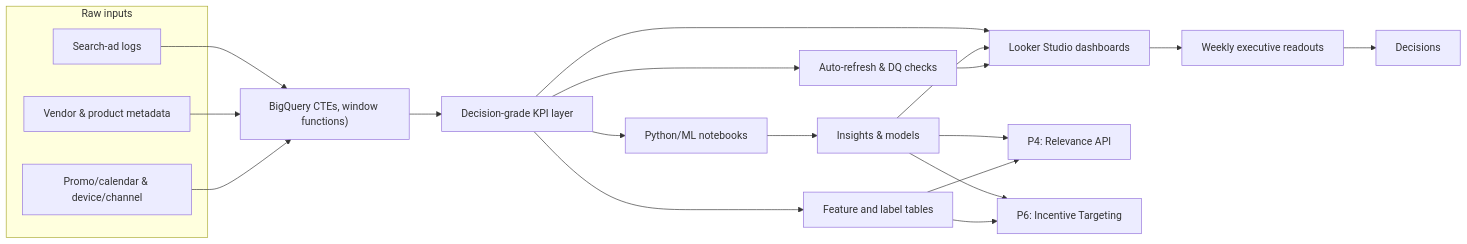
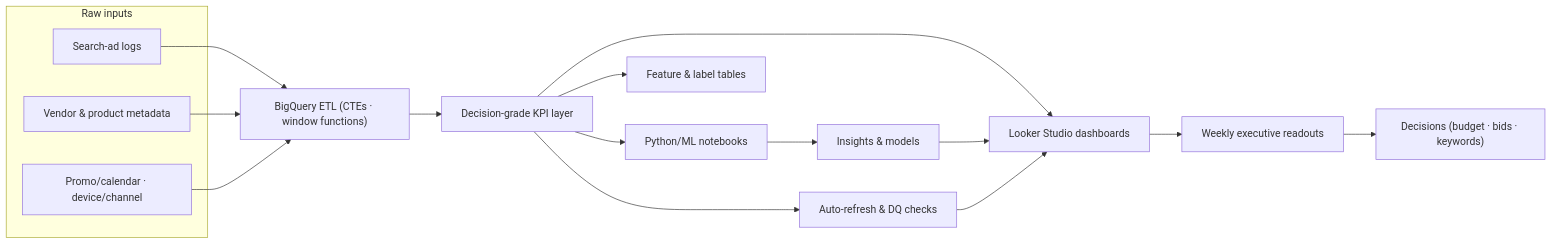
Before and after one commit to LuDanielPoyu/McKinsey-Data-Scientist: the second of 6 diagrams in README.md, drawn with Mermaid.

````diff
--- a/README.md
+++ b/README.md
@@ -80,36 +80,29 @@
 ```mermaid
 flowchart LR
   %% Inputs
   subgraph RAW["Raw inputs"]
     A["Search-ad logs"]
     B["Vendor & product metadata"]
-    C["Promo/calendar & device/channel"]
+    C["Promo/calendar · device/channel"]
   end
 
   %% BigQuery layer
-  A & B & C --> D["BigQuery CTEs, window functions)"]
+  A & B & C --> D["BigQuery ETL (CTEs · window functions)"]
   D --> E["Decision-grade KPI layer"]
 
   %% ML / Analytics
   E --> F["Python/ML notebooks"]
   F --> G["Insights & models"]
-  E --> Q["Feature and label tables"]
+  E --> Q["Feature & label tables"]
 
   %% BI / Readouts
   E --> H["Looker Studio dashboards"]
   G --> H
   H --> I["Weekly executive readouts"]
-
-  %% Decisions
-  I --> J["Decisions"]
+  I --> J["Decisions (budget · bids · keywords)"]
 
   %% Quality & Refresh
   E --> M["Auto-refresh & DQ checks"]
   M --> H
 
-  %% Downstream links
-  G --> P4["P4: Relevance API"]
-  G --> P6["P6: Incentive Targeting"]
-  Q --> P4
-  Q --> P6
 ```
````
